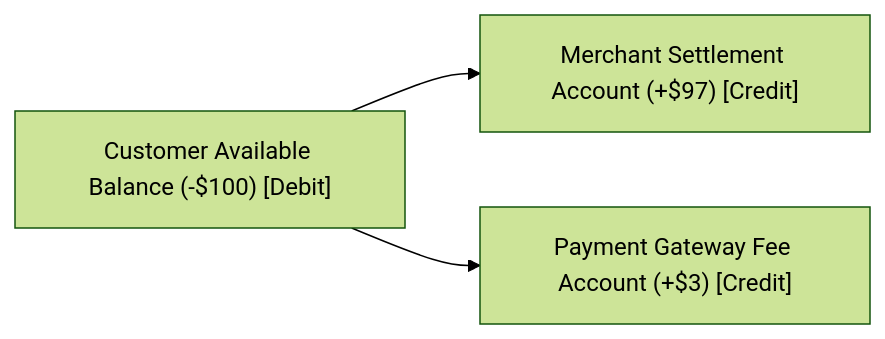
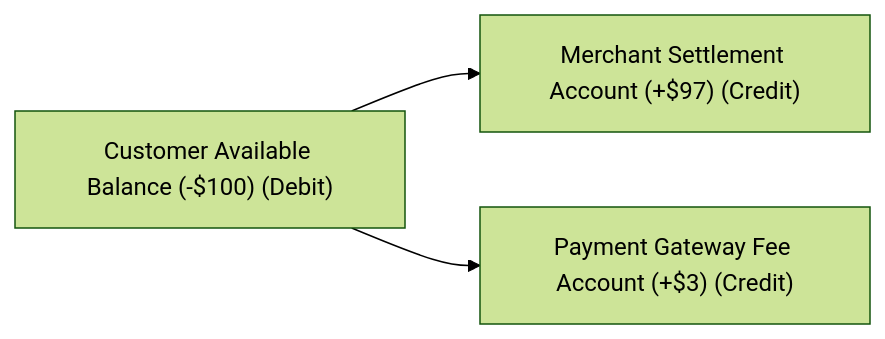
Before and after one commit to Sourav108/strivers-lld: the third of 3 diagrams in strivers-hld/16-Interview-Problems-Part-3/05-Payment-Gateway/README.md, drawn with Mermaid (forest theme). The commit also changed 5 other files, not shown here.

Commit message:
fix(mermaid): sanitize mermaid diagram syntax, edge labels, and character encodings

````diff
--- a/strivers-hld/16-Interview-Problems-Part-3/05-Payment-Gateway/README.md
+++ b/strivers-hld/16-Interview-Problems-Part-3/05-Payment-Gateway/README.md
@@ -67,5 +67,5 @@
 ```mermaid
 flowchart LR
-    CustomerCard["Customer Available Balance (-$100) [Debit]"] --> MerchantAcct["Merchant Settlement Account (+$97) [Credit]"]
-    CustomerCard --> GatewayFee["Payment Gateway Fee Account (+$3) [Credit]"]
+    CustomerCard["Customer Available Balance (-$100) (Debit)"] --> MerchantAcct["Merchant Settlement Account (+$97) (Credit)"]
+    CustomerCard --> GatewayFee["Payment Gateway Fee Account (+$3) (Credit)"]
 ```
````
